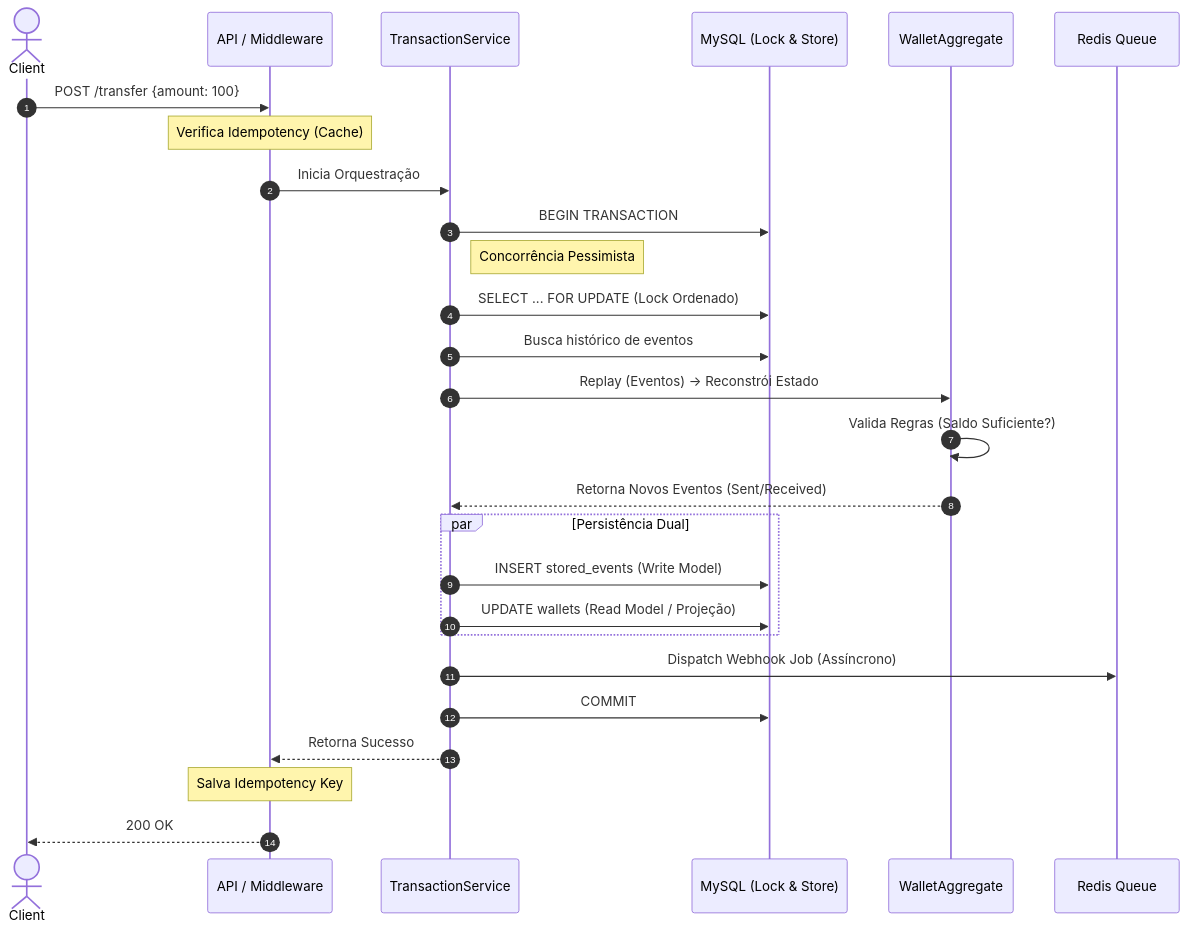
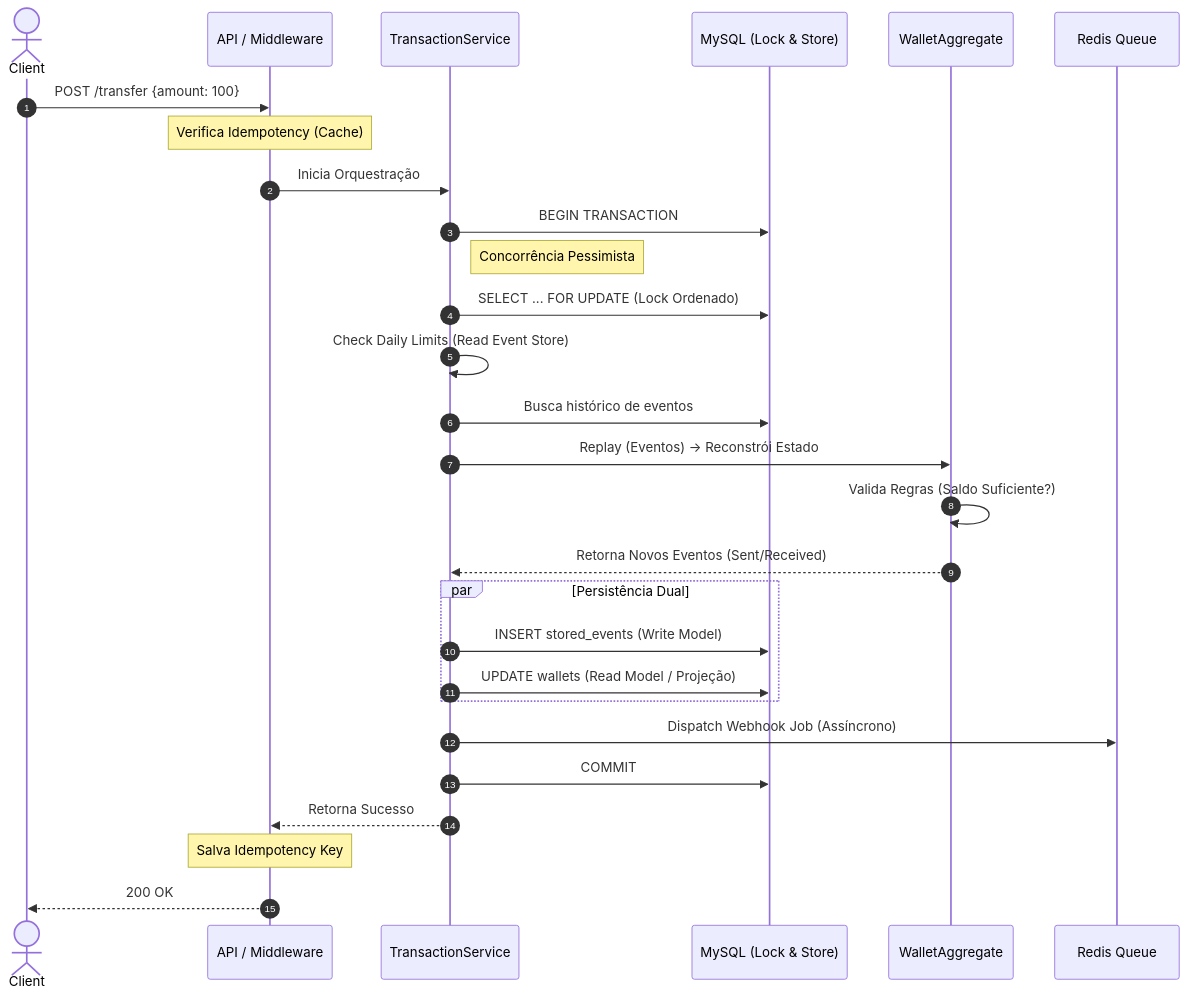
The diagram in README.md (JrMarcello/wallet-api-appmax), drawn with Mermaid before and after one commit. The commit also changed other lines of this file and 9 other files, not shown here.

Commit message:
test(feature): add coverage for daily deposit and withdrawal limits logic

````diff
--- a/README.md
+++ b/README.md
@@ -153,37 +176,39 @@
 ```mermaid
 sequenceDiagram
     autonumber
     actor Client
     participant API as API / Middleware
     participant Service as TransactionService
     participant DB as MySQL (Lock & Store)
     participant Domain as WalletAggregate
     participant Queue as Redis Queue
 
     Client->>API: POST /transfer {amount: 100}
     Note over API: Verifica Idempotency (Cache)
 
     API->>Service: Inicia Orquestração
     Service->>DB: BEGIN TRANSACTION
     
     Note right of Service: Concorrência Pessimista
     Service->>DB: SELECT ... FOR UPDATE (Lock Ordenado)
+    
+    Service->>Service: Check Daily Limits (Read Event Store)
+    
     Service->>DB: Busca histórico de eventos
-    
     Service->>Domain: Replay (Eventos) -> Reconstrói Estado
     Domain->>Domain: Valida Regras (Saldo Suficiente?)
     Domain-->>Service: Retorna Novos Eventos (Sent/Received)
     
     par Persistência Dual
         Service->>DB: INSERT stored_events (Write Model)
         Service->>DB: UPDATE wallets (Read Model / Projeção)
     end
     
     Service->>Queue: Dispatch Webhook Job (Assíncrono)
     
     Service->>DB: COMMIT
     Service-->>API: Retorna Sucesso
     
     Note over API: Salva Idempotency Key
     API-->>Client: 200 OK
 ```
````
